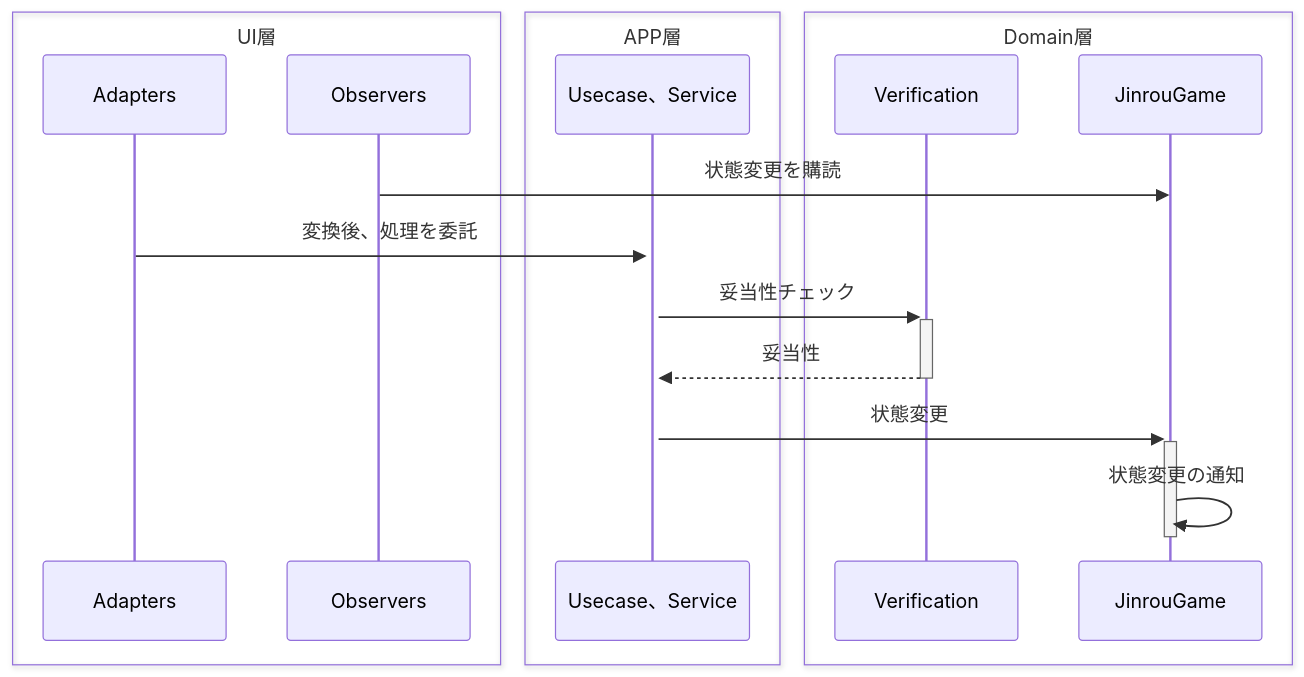
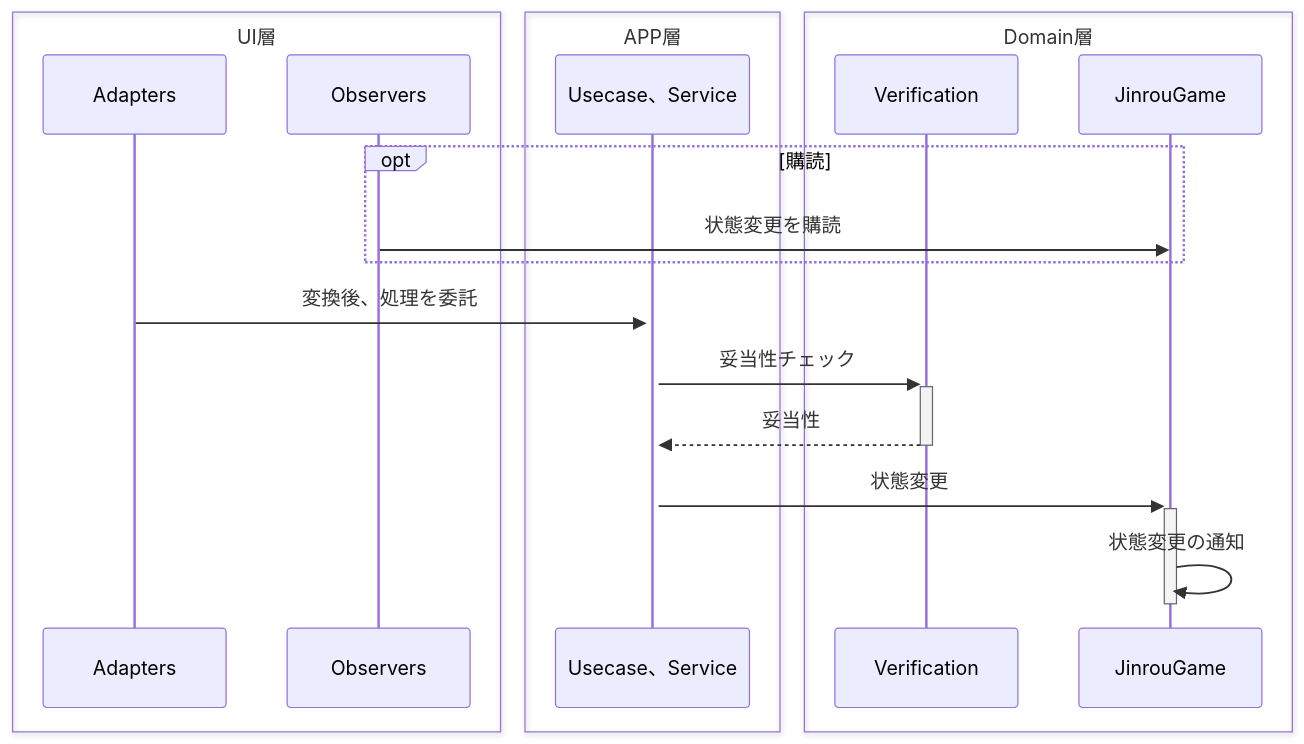
The first of 2 diagrams in doc/develop/flow/flow.md (tanoKun/Bakajinrou), drawn with Mermaid before and after one commit.

Commit message:
fix: DOCの更新

````diff
--- a/doc/develop/flow/flow.md
+++ b/doc/develop/flow/flow.md
@@ -2,22 +2,24 @@
 ```mermaid
 sequenceDiagram
     box UI層
         participant A as Adapters
         participant O as Observers
     end
     box APP層
         participant US as Usecase、Service
     end
     box Domain層
         participant V as Verification
         participant JG as JinrouGame
     end
 
-    O ->> JG: 状態変更を購読
+    opt 購読
+        O ->> JG: 状態変更を購読 
+    end
 
     A ->>+ US: 変換後、処理を委託
     US ->>+ V: 妥当性チェック
     V -->>- US: 妥当性
     US ->>+ JG: 状態変更
     JG ->>- JG: 状態変更の通知
 ```
````
